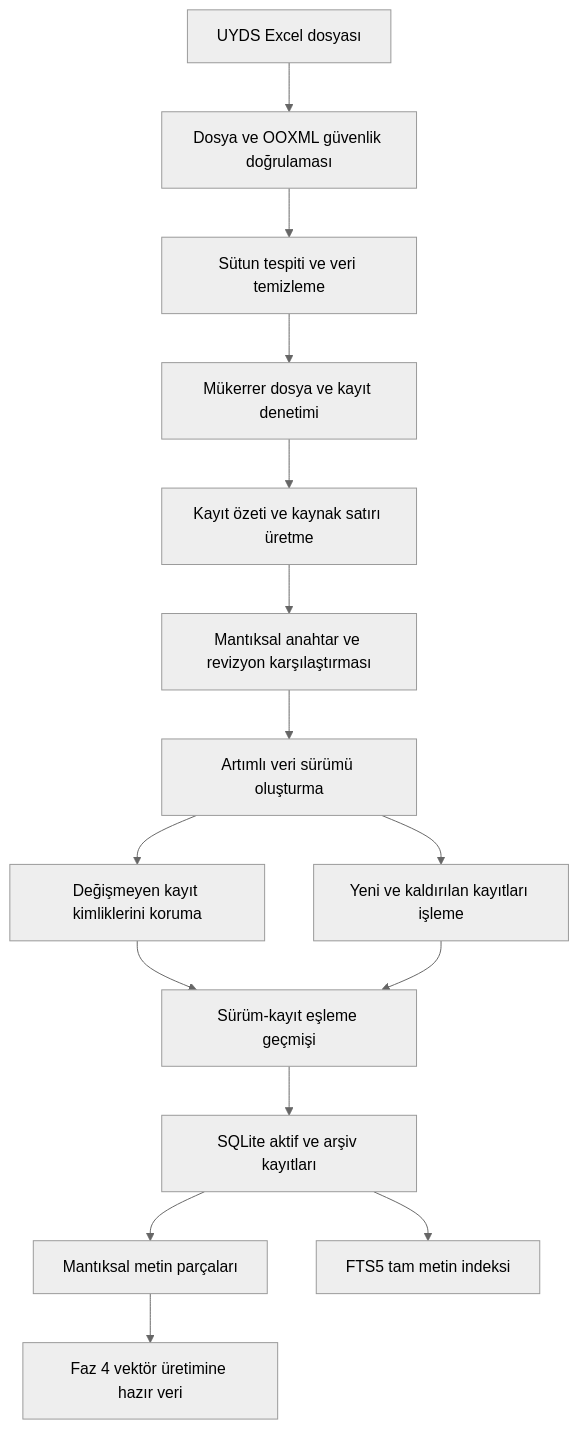
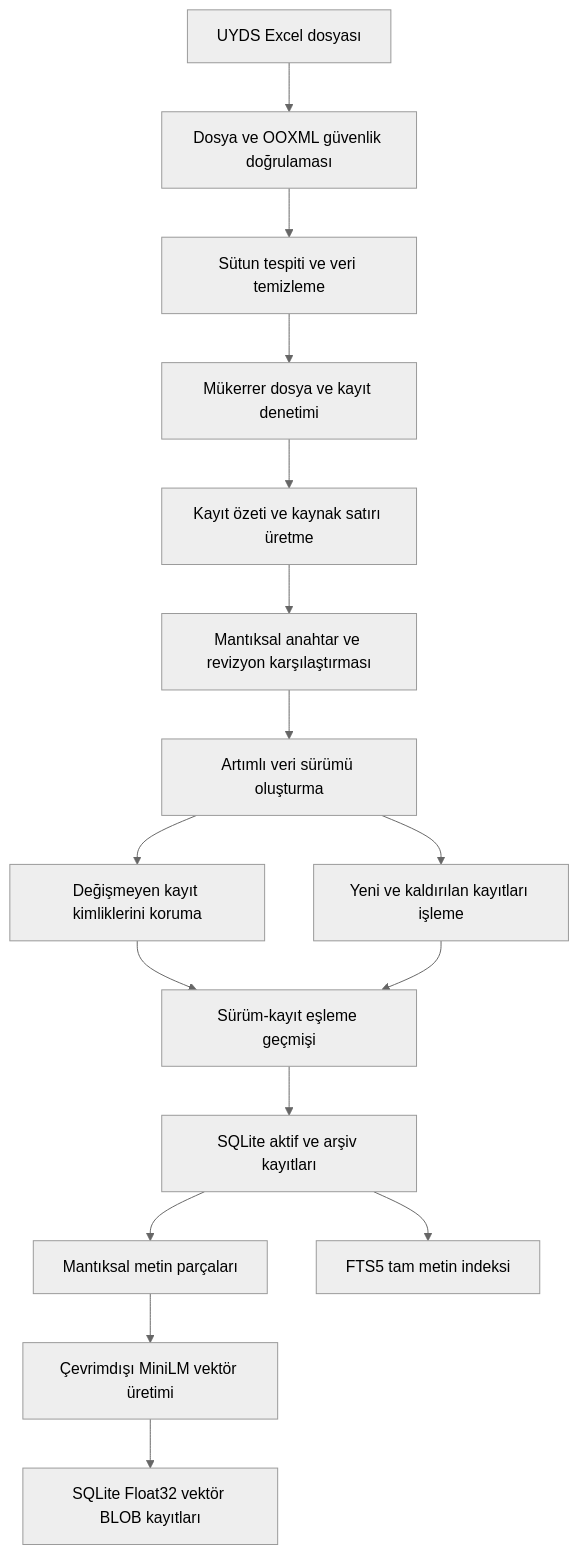
Before and after one commit to mecik-arda/UYDS-SSS-hades-bot: the diagram in README.md, drawn with Mermaid (neutral theme). The commit also changed other lines of this file and 18 other files, not shown here.

First line of the commit message:
feat: Faz 4 yerel vektör ve Docker altyapısını tamamla

````diff
--- a/README.md
+++ b/README.md
@@ -85,17 +100,18 @@
 ```mermaid
 flowchart TD
     A["UYDS Excel dosyası"] --> B["Dosya ve OOXML güvenlik doğrulaması"]
     B --> C["Sütun tespiti ve veri temizleme"]
     C --> D["Mükerrer dosya ve kayıt denetimi"]
     D --> E["Kayıt özeti ve kaynak satırı üretme"]
     E --> N["Mantıksal anahtar ve revizyon karşılaştırması"]
     N --> F["Artımlı veri sürümü oluşturma"]
     F --> J["Değişmeyen kayıt kimliklerini koruma"]
     F --> K["Yeni ve kaldırılan kayıtları işleme"]
     J --> L["Sürüm-kayıt eşleme geçmişi"]
     K --> L
     L --> M["SQLite aktif ve arşiv kayıtları"]
     M --> G["Mantıksal metin parçaları"]
     M --> H["FTS5 tam metin indeksi"]
-    G --> I["Faz 4 vektör üretimine hazır veri"]
+    G --> I["Çevrimdışı MiniLM vektör üretimi"]
+    I --> O["SQLite Float32 vektör BLOB kayıtları"]
 ```
````
